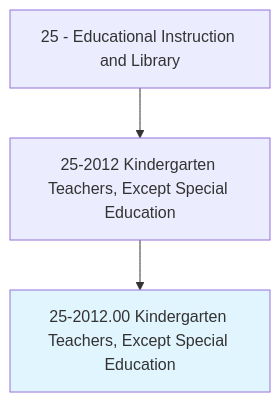
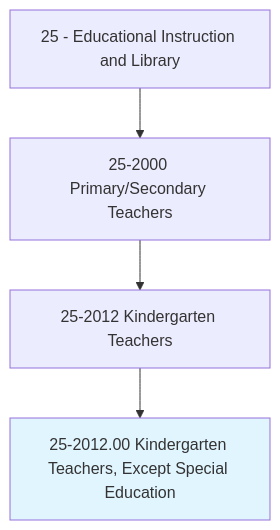
The first of 4 diagrams in occupations/Education/KindergartenTeachersExceptSpecialEducation.mdx (kziemski/business.org.ai), drawn with Mermaid before and after one commit. The commit also changed other lines of this file and 938 other files, not shown here.

````diff
--- a/occupations/Education/KindergartenTeachersExceptSpecialEducation.mdx
+++ b/occupations/Education/KindergartenTeachersExceptSpecialEducation.mdx
@@ -19,6 +23,7 @@
 ```mermaid
 graph TD
-    Cat25["25 - Educational Instruction and Library"] --> Group252012["25-2012 Kindergarten Teachers, Except Special Education"]
+    Cat25["25 - Educational Instruction and Library"] --> Group252["25-2000 Primary/Secondary Teachers"]
+    Group252 --> Group252012["25-2012 Kindergarten Teachers"]
     Group252012 --> Current["25-2012.00 Kindergarten Teachers, Except Special Education"]
     style Current fill:#e1f5fe
 ```
````
